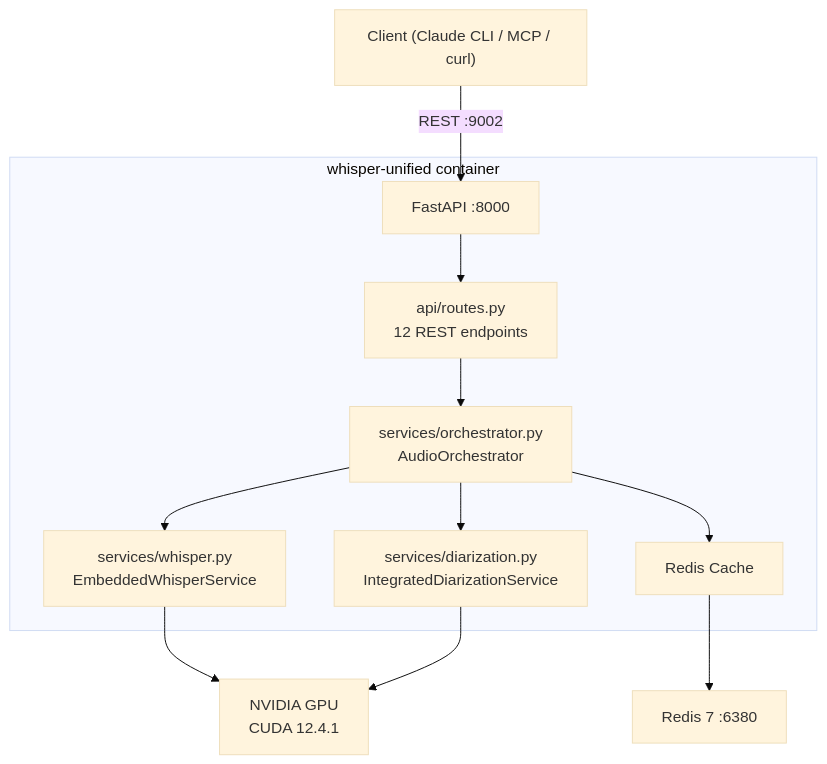
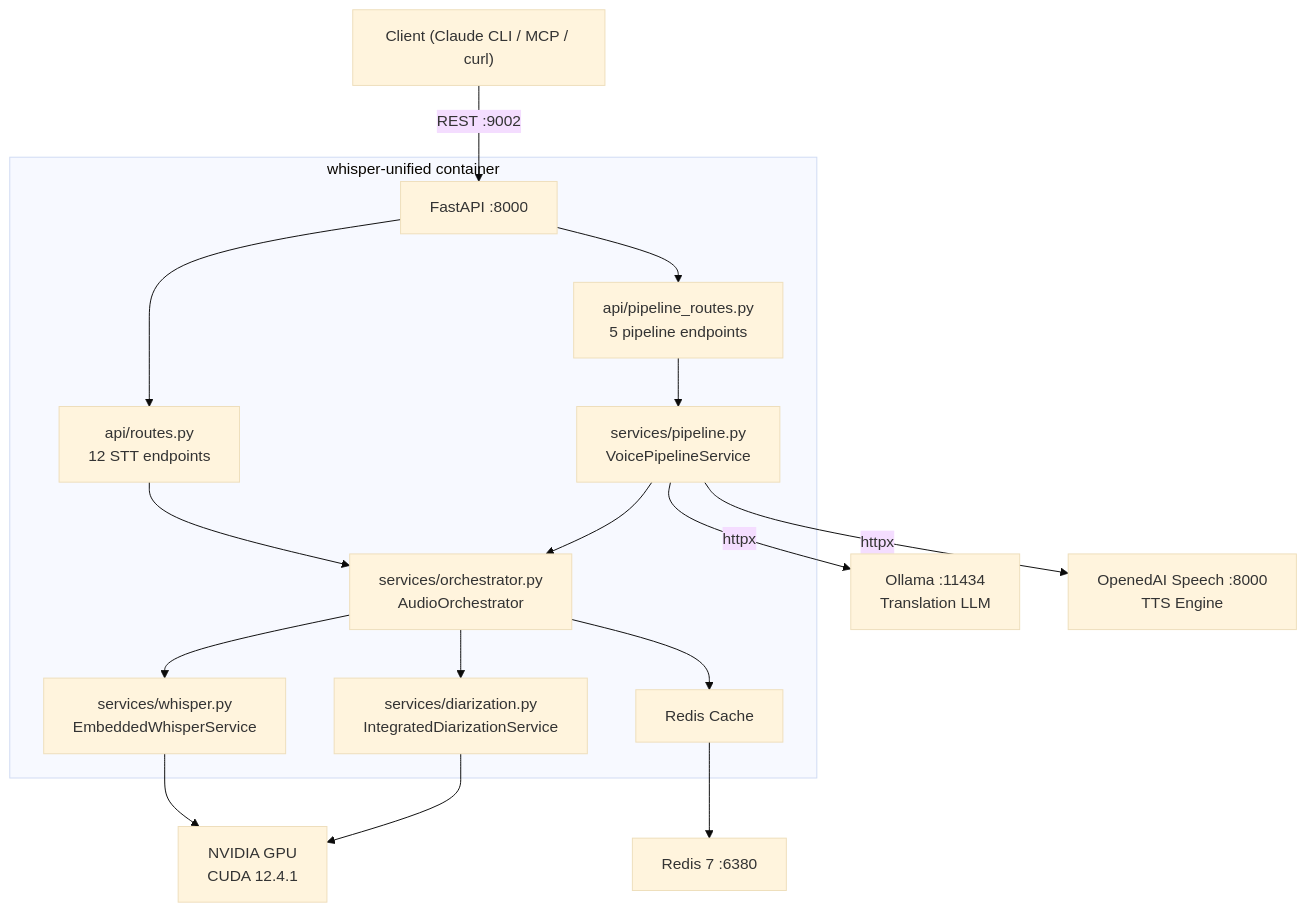
Before and after one commit to JacekZubielik/whisper-unified: the first of 2 diagrams in README.md, drawn with Mermaid (base theme). The commit also changed other lines of this file and 20 other files, not shown here.

First line of the commit message:
feat: merge voice-pipeline into whisper-unified (#5)

````diff
--- a/README.md
+++ b/README.md
@@ -17,16 +18,21 @@
 ```mermaid
 flowchart TD
     Client["Client (Claude CLI / MCP / curl)"] -->|REST :9002| API["FastAPI :8000"]
 
     subgraph Container["whisper-unified container"]
-        API --> Routes["api/routes.py<br/>12 REST endpoints"]
+        API --> Routes["api/routes.py<br/>12 STT endpoints"]
+        API --> PRoutes["api/pipeline_routes.py<br/>5 pipeline endpoints"]
         Routes --> Orch["services/orchestrator.py<br/>AudioOrchestrator"]
+        PRoutes --> Pipeline["services/pipeline.py<br/>VoicePipelineService"]
+        Pipeline --> Orch
         Orch --> Whisper["services/whisper.py<br/>EmbeddedWhisperService"]
         Orch --> Diarize["services/diarization.py<br/>IntegratedDiarizationService"]
         Orch --> Cache["Redis Cache"]
     end
 
+    Pipeline -->|httpx| Ollama["Ollama :11434<br/>Translation LLM"]
+    Pipeline -->|httpx| TTS["OpenedAI Speech :8000<br/>TTS Engine"]
     Whisper --> GPU["NVIDIA GPU<br/>CUDA 12.4.1"]
     Diarize --> GPU
     Cache --> Redis["Redis 7 :6380"]
 ```
````
